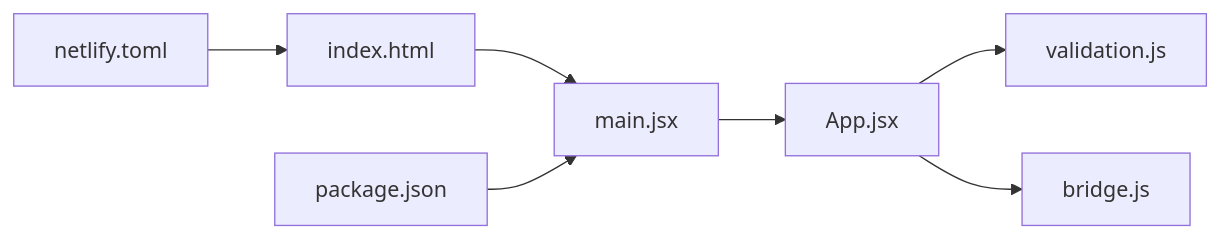
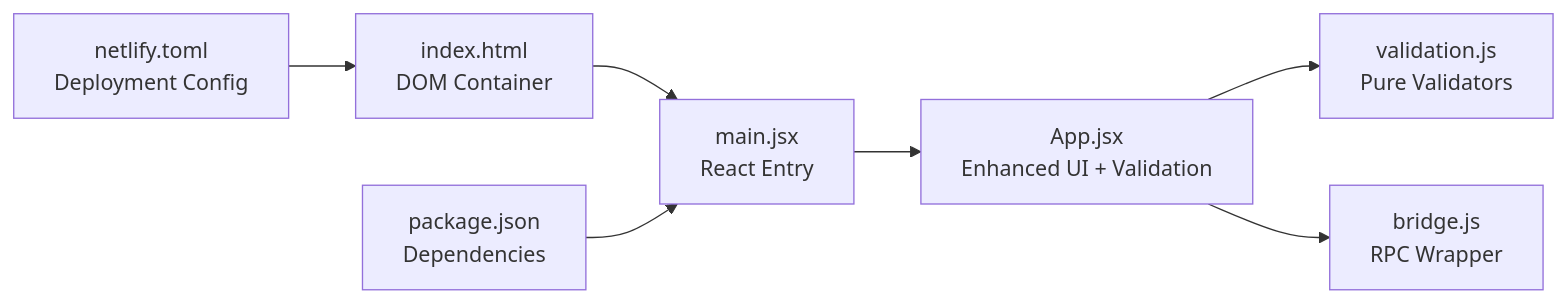
Before and after one commit to KaranMakani/deposit-fixer: the fourth of 4 diagrams in .qoder/repowiki/en/content/Technical Architecture/Validation Utilities.md, drawn with Mermaid. The commit also changed other lines of this file and 10 other files, not shown here.

````diff
--- a/.qoder/repowiki/en/content/Technical Architecture/Validation Utilities.md
+++ b/.qoder/repowiki/en/content/Technical Architecture/Validation Utilities.md
@@ -280,9 +369,9 @@
 ```mermaid
 graph LR
-APP["App.jsx"] --> VAL["validation.js"]
-APP --> BRIDGE["bridge.js"]
-MAIN["main.jsx"] --> APP
-HTML["index.html"] --> MAIN
-PKG["package.json"] --> MAIN
-NET["netlify.toml"] --> HTML
+APP["App.jsx<br/>Enhanced UI + Validation"] --> VAL["validation.js<br/>Pure Validators"]
+APP --> BRIDGE["bridge.js<br/>RPC Wrapper"]
+MAIN["main.jsx<br/>React Entry"] --> APP
+HTML["index.html<br/>DOM Container"] --> MAIN
+PKG["package.json<br/>Dependencies"] --> MAIN
+NET["netlify.toml<br/>Deployment Config"] --> HTML
 ```
````
